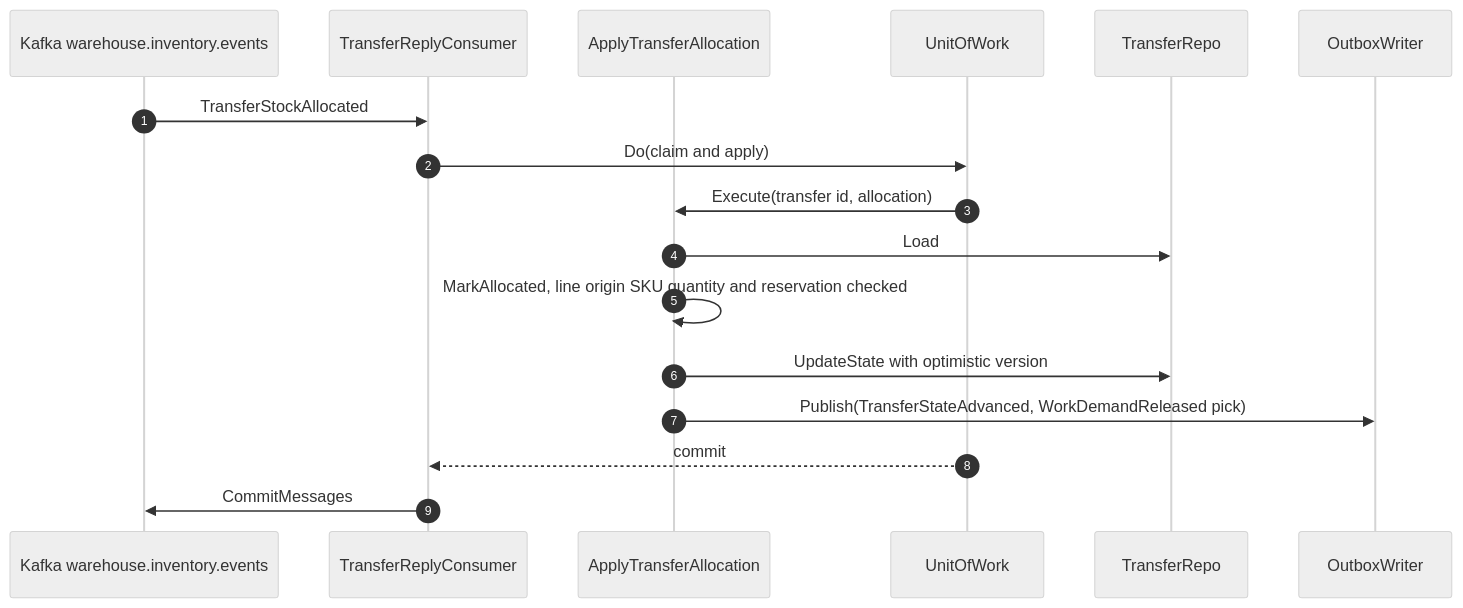
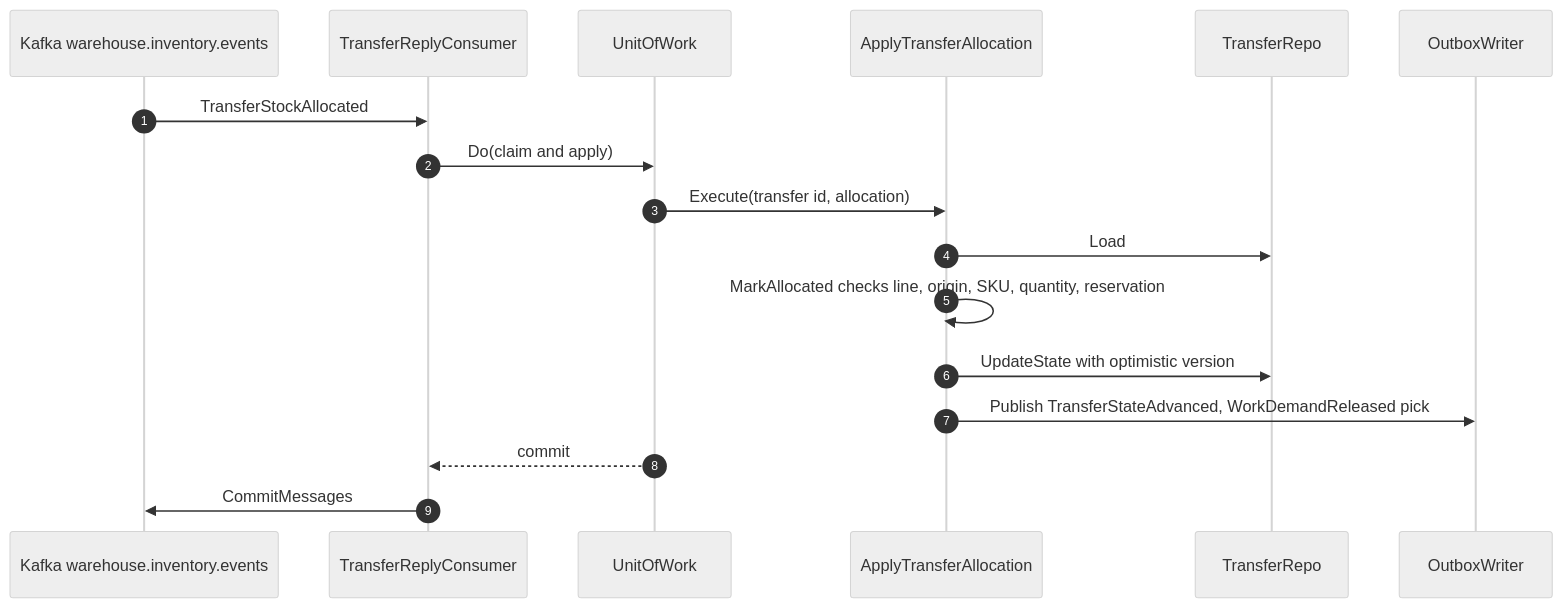
The fifth of 8 diagrams in docs/contexts/network-inventory-planning/sequence-diagrams.md (IQVO/warehouse-docs), drawn with Mermaid (neutral theme) before and after one commit. The commit also changed other lines of this file and 115 other files, not shown here.

````diff
--- a/docs/contexts/network-inventory-planning/sequence-diagrams.md
+++ b/docs/contexts/network-inventory-planning/sequence-diagrams.md
@@ -135,19 +130,19 @@
 ```mermaid
 sequenceDiagram
   autonumber
   participant K as Kafka warehouse.inventory.events
   participant C as TransferReplyConsumer
+  participant U as UnitOfWork
   participant A as ApplyTransferAllocation
-  participant U as UnitOfWork
   participant T as TransferRepo
   participant O as OutboxWriter
   K->>C: TransferStockAllocated
   C->>U: Do(claim and apply)
   U->>A: Execute(transfer id, allocation)
   A->>T: Load
-  A->>A: MarkAllocated, line origin SKU quantity and reservation checked
+  A->>A: MarkAllocated checks line, origin, SKU, quantity, reservation
   A->>T: UpdateState with optimistic version
-  A->>O: Publish(TransferStateAdvanced, WorkDemandReleased pick)
+  A->>O: Publish TransferStateAdvanced, WorkDemandReleased pick
   U-->>C: commit
   C->>K: CommitMessages
 ```
````
